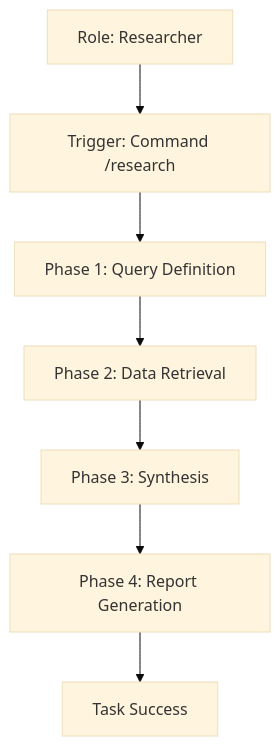
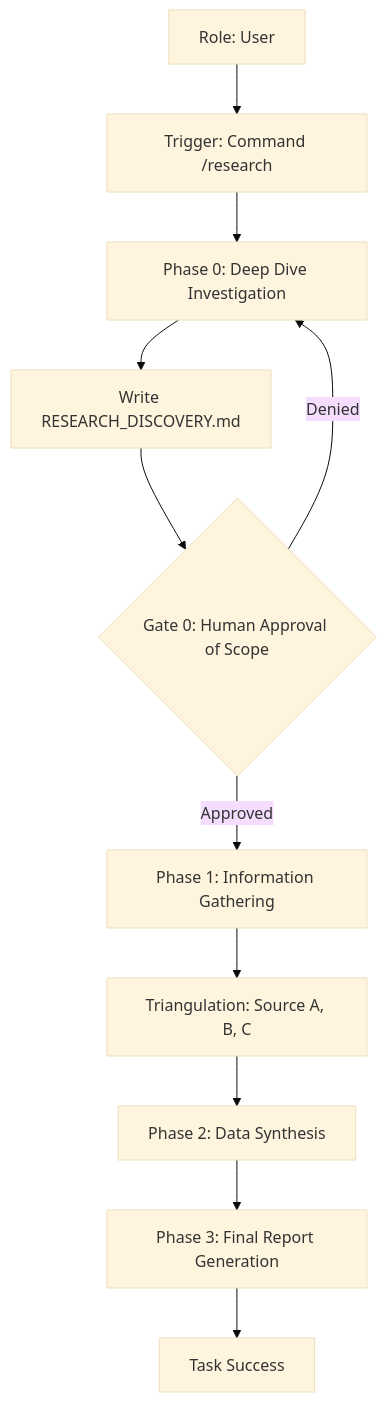
One commit to SouzaEduardoAC/ai-agents changed the diagram in docs/use_cases/research_information_synthesis.md. Above: the diagram before and after it, drawn with Mermaid (base theme). The commit also changed other lines of this file and 5 other files, not shown here.

Commit message:
feat(researcher): implement mandatory Investigative Deep Dive phase

````diff
--- a/docs/use_cases/research_information_synthesis.md
+++ b/docs/use_cases/research_information_synthesis.md
@@ -12,9 +12,13 @@
 ```mermaid
 graph TD
-    A[Role: Researcher] --> B[Trigger: Command /research]
-    B --> C[Phase 1: Query Definition]
-    C --> D[Phase 2: Data Retrieval]
-    D --> E[Phase 3: Synthesis]
-    E --> F[Phase 4: Report Generation]
+    A[Role: User] --> B[Trigger: Command /research]
+    B --> C[Phase 0: Deep Dive Investigation]
+    C --> C1[Write RESEARCH_DISCOVERY.md]
+    C1 --> C2{Gate 0: Human Approval of Scope}
+    C2 -- Denied --> C
+    C2 -- Approved --> D[Phase 1: Information Gathering]
+    D --> D1[Triangulation: Source A, B, C]
+    D1 --> E[Phase 2: Data Synthesis]
+    E --> F[Phase 3: Final Report Generation]
     F --> G[Task Success]
 ```
````
